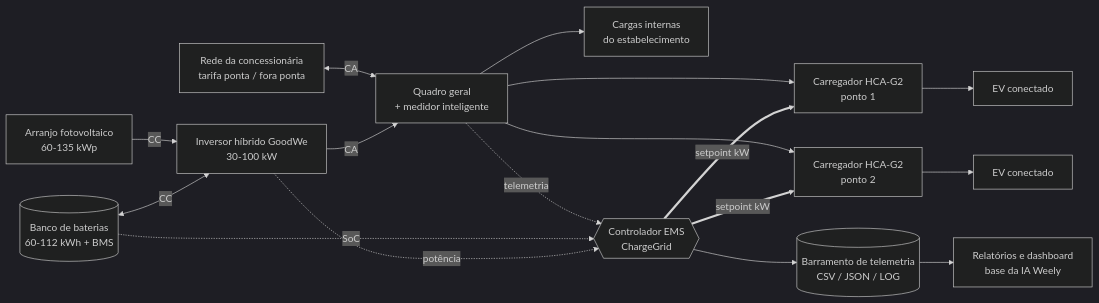
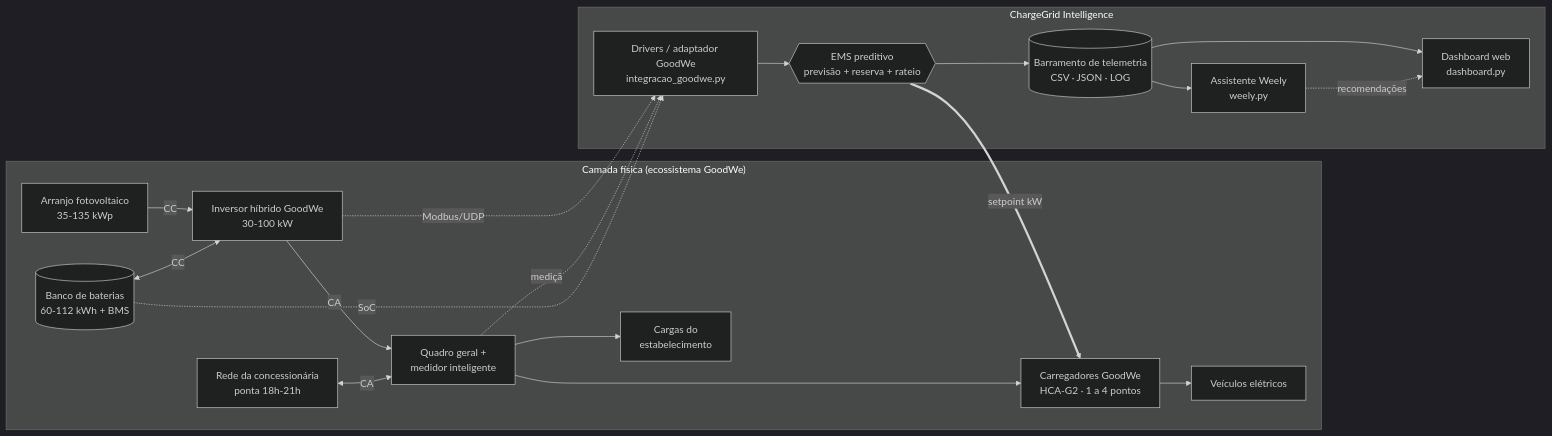
One commit to fabiananakagawa/sprint4_python changed the first of 3 diagrams in README.md. Above: the diagram before and after it, drawn with Mermaid (dark theme). The commit also changed other lines of this file and 20 other files, not shown here.

First line of the commit message:
Sprint 4: solução final integrada ChargeGrid Intelligence

````diff
--- a/README.md
+++ b/README.md
@@ -47,21 +83,30 @@
 ```mermaid
 flowchart LR
-    SOL[Arranjo fotovoltaico<br/>60-135 kWp] -->|CC| INV[Inversor híbrido GoodWe<br/>30-100 kW]
-    BAT[(Banco de baterias<br/>60-112 kWh + BMS)] <-->|CC| INV
-    REDE[Rede da concessionária<br/>tarifa ponta / fora ponta] <-->|CA| QGBT[Quadro geral<br/>+ medidor inteligente]
-    INV -->|CA| QGBT
-    QGBT --> CARGAS[Cargas internas<br/>do estabelecimento]
-    QGBT --> WB1[Carregador HCA-G2<br/>ponto 1]
-    QGBT --> WB2[Carregador HCA-G2<br/>ponto 2]
+    subgraph Campo["Camada física (ecossistema GoodWe)"]
+        SOL[Arranjo fotovoltaico<br/>35-135 kWp] -->|CC| INV[Inversor híbrido GoodWe<br/>30-100 kW]
+        BAT[(Banco de baterias<br/>60-112 kWh + BMS)] <-->|CC| INV
+        INV -->|CA| QGBT[Quadro geral +<br/>medidor inteligente]
+        REDE[Rede da concessionária<br/>ponta 18h-21h] <-->|CA| QGBT
+        QGBT --> CARGAS[Cargas do<br/>estabelecimento]
+        QGBT --> WB[Carregadores GoodWe<br/>HCA-G2 · 1 a 4 pontos]
+        WB --> EV[Veículos elétricos]
+    end
 
-    QGBT -.telemetria.-> EMS{{Controlador EMS<br/>ChargeGrid}}
-    BAT -.SoC.-> EMS
-    INV -.potência.-> EMS
-    EMS ==setpoint kW==> WB1
-    EMS ==setpoint kW==> WB2
-    EMS --> LOG[(Barramento de telemetria<br/>CSV / JSON / LOG)]
-    LOG --> REL[Relatórios e dashboard<br/>base da IA Weely]
+    subgraph Software["ChargeGrid Intelligence"]
+        DRV[Drivers / adaptador GoodWe<br/>integracao_goodwe.py]
+        EMS{{EMS preditivo<br/>previsão + reserva + rateio}}
+        TEL[(Barramento de telemetria<br/>CSV · JSON · LOG)]
+        DASH[Dashboard web<br/>dashboard.py]
+        WEELY[Assistente Weely<br/>weely.py]
+    end
 
-    WB1 --> EV1[EV conectado]
-    WB2 --> EV2[EV conectado]
+    INV -.Modbus/UDP.-> DRV
+    QGBT -.medição.-> DRV
+    BAT -.SoC.-> DRV
+    DRV --> EMS
+    EMS ==setpoint kW==> WB
+    EMS --> TEL
+    TEL --> DASH
+    TEL --> WEELY
+    WEELY -.recomendações.-> DASH
 ```
````
